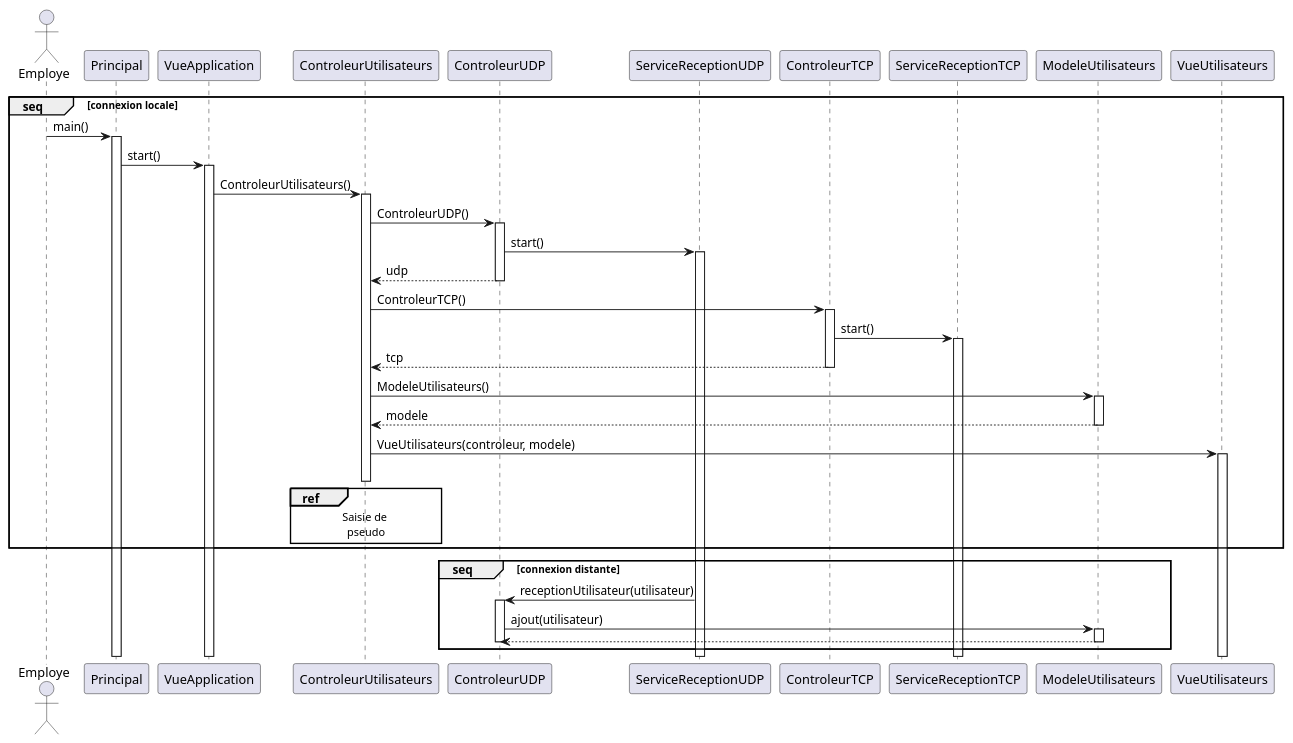
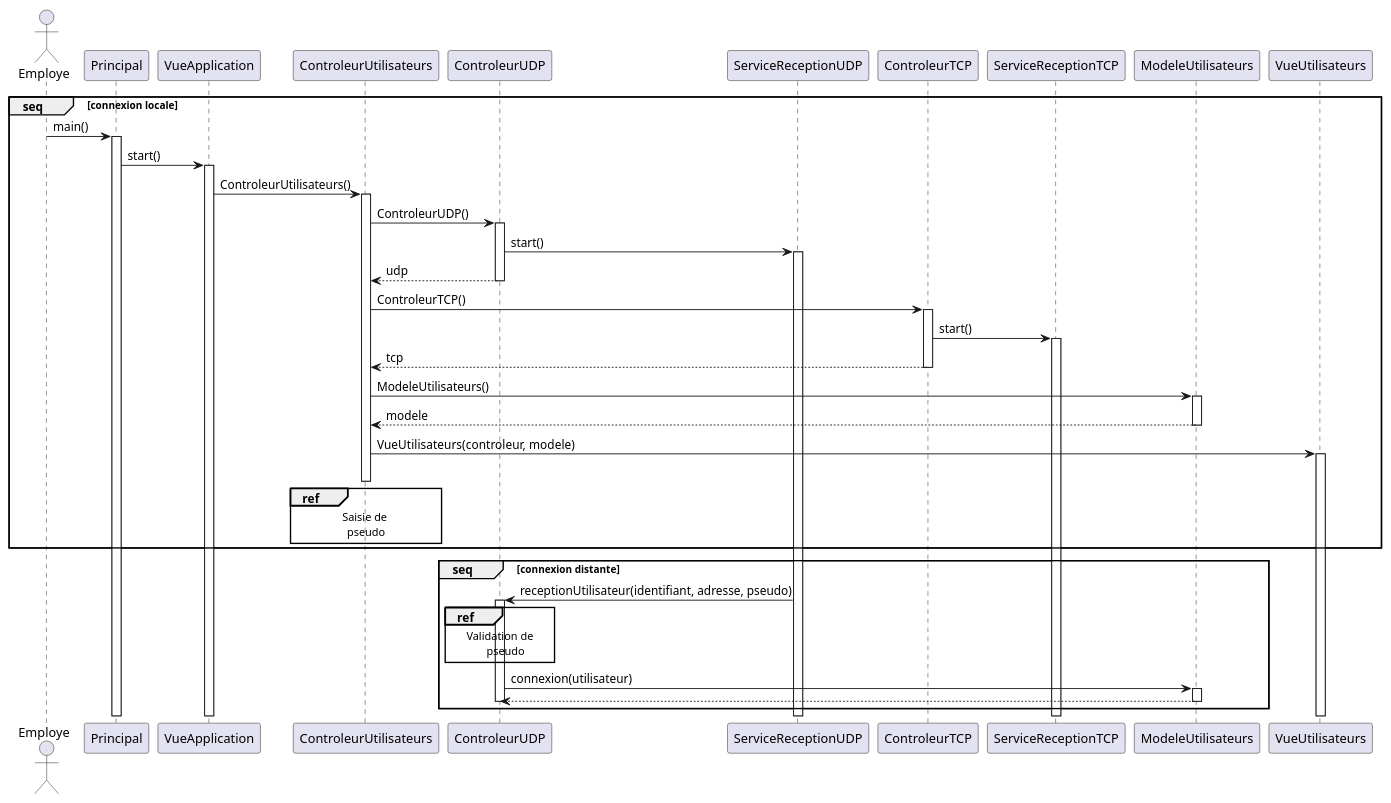
Before and after one commit to arc-hugo/clavardage_uml: the diagram in sequence/connexion.wsd, drawn with PlantUML. The commit also changed 1 other file, not shown here.

Commit message:
validation du pseudo d'un nouveau connecté

```diff
--- a/sequence/connexion.wsd
+++ b/sequence/connexion.wsd
@@ -1,43 +1,47 @@
 @startuml Connexion
 actor Employe
 group seq [connexion locale]
     Employe -> Principal : main()
     activate Principal
     Principal -> VueApplication : start()
     activate VueApplication 
     VueApplication -> ControleurUtilisateurs : ControleurUtilisateurs()
     activate ControleurUtilisateurs
     ControleurUtilisateurs -> ControleurUDP : ControleurUDP()
     activate ControleurUDP
     ControleurUDP -> ServiceReceptionUDP : start()
     activate ServiceReceptionUDP
     ControleurUDP --> ControleurUtilisateurs : udp
     deactivate ControleurUDP
     ControleurUtilisateurs -> ControleurTCP : ControleurTCP()
     activate ControleurTCP
     ControleurTCP -> ServiceReceptionTCP : start()
     activate ServiceReceptionTCP
     ControleurTCP --> ControleurUtilisateurs : tcp
     deactivate ControleurTCP
     ControleurUtilisateurs -> ModeleUtilisateurs : ModeleUtilisateurs()
     activate ModeleUtilisateurs
     ModeleUtilisateurs --> ControleurUtilisateurs : modele
     deactivate ModeleUtilisateurs
     ControleurUtilisateurs -> VueUtilisateurs : VueUtilisateurs(controleur, modele)
     activate VueUtilisateurs
     ref over ControleurUtilisateurs
         Saisie de 
         pseudo
     end ref
     deactivate ControleurUtilisateurs
 end
 group seq [connexion distante]
-    ServiceReceptionUDP -> ControleurUDP : receptionUtilisateur(utilisateur)
+    ServiceReceptionUDP -> ControleurUDP : receptionUtilisateur(identifiant, adresse, pseudo)
     activate ControleurUDP
-    ControleurUDP -> ModeleUtilisateurs : ajout(utilisateur)
+    ref over ControleurUDP
+        Validation de
+            pseudo
+    end ref
+    ControleurUDP -> ModeleUtilisateurs : connexion(utilisateur)
     activate ModeleUtilisateurs
     ModeleUtilisateurs --> ControleurUDP
     deactivate ModeleUtilisateurs
     deactivate ControleurUDP
 end
 @enduml
```
